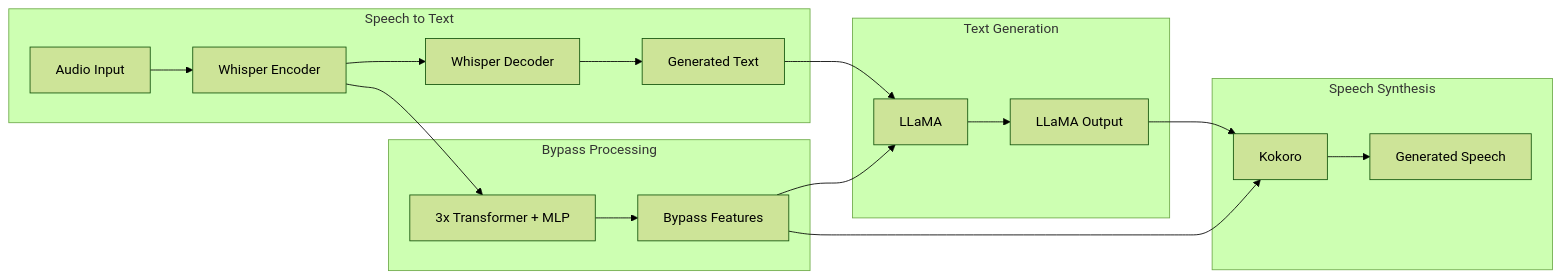
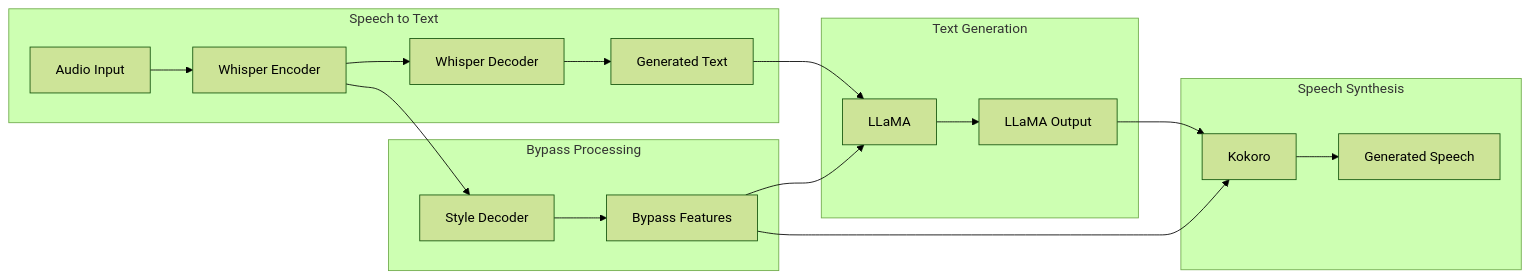
Before and after one commit to dant2021/a-research: the second of 2 diagrams in nuanced-speech/readme.md, drawn with Mermaid (forest theme).

````diff
--- a/nuanced-speech/readme.md
+++ b/nuanced-speech/readme.md
@@ -70,25 +70,25 @@
 ```mermaid
 graph LR
     subgraph "Speech to Text"
         A[Audio Input] --> B[Whisper Encoder]
         B --> C[Whisper Decoder]
         C --> D[Generated Text]
     end
 
     subgraph "Bypass Processing"
-        B --> E[3x Transformer + MLP]
+        B --> E[Style Decoder]
         E --> F[Bypass Features]
     end
 
     subgraph "Text Generation"
         D --> G[LLaMA]
         F --> G
         G --> H[LLaMA Output]
     end
 
     subgraph "Speech Synthesis"
         H --> I[Kokoro]
         F --> I
         I --> J[Generated Speech]
     end
 ```
````
